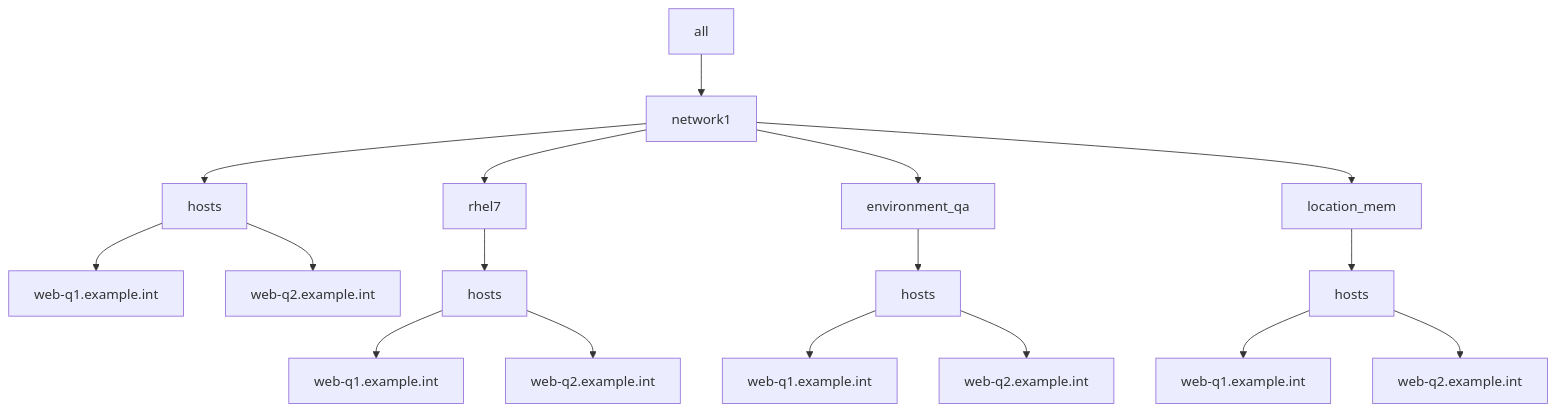
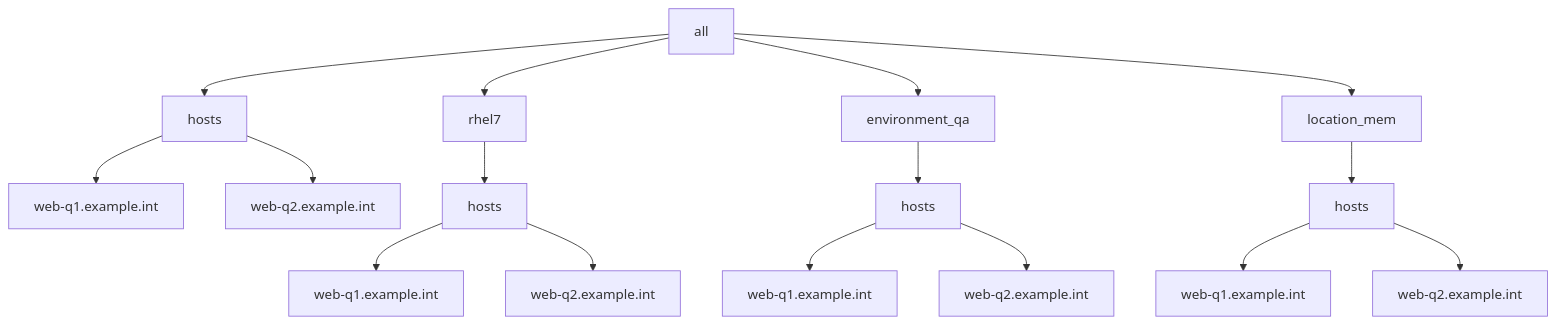
The second of 2 diagrams in tests/ansible-multiple-yaml-inventories/example1/README.md (lj020326/Ansible-inventory-file-examples), drawn with Mermaid before and after one commit.

Commit message:
develop-lj - 	modified:   tests/ansible-multiple-yaml-inventories/example1/README.md

````diff
--- a/tests/ansible-multiple-yaml-inventories/example1/README.md
+++ b/tests/ansible-multiple-yaml-inventories/example1/README.md
@@ -68,19 +68,18 @@
 ```mermaid
 graph TD;
-    A[all] --> B[network1]
-    B --> C[hosts]
-    B --> D[rhel7]
-    B --> E[environment_qa]
-    B --> F[location_mem]
+    A[all] --> C[hosts]
+    A[all] --> D[rhel7]
+    A[all] --> E[environment_qa]
+    A[all] --> F[location_mem]
     C --> H[web-q1.example.int]
     C --> I[web-q2.example.int]
     D --> J[hosts]
     J --> K[web-q1.example.int]
     J --> L[web-q2.example.int]
     E --> M[hosts]
     M --> N[web-q1.example.int]
     M --> O[web-q2.example.int]
     F --> P[hosts]
     P --> Q[web-q1.example.int]
     P --> R[web-q2.example.int]
 ```
````
